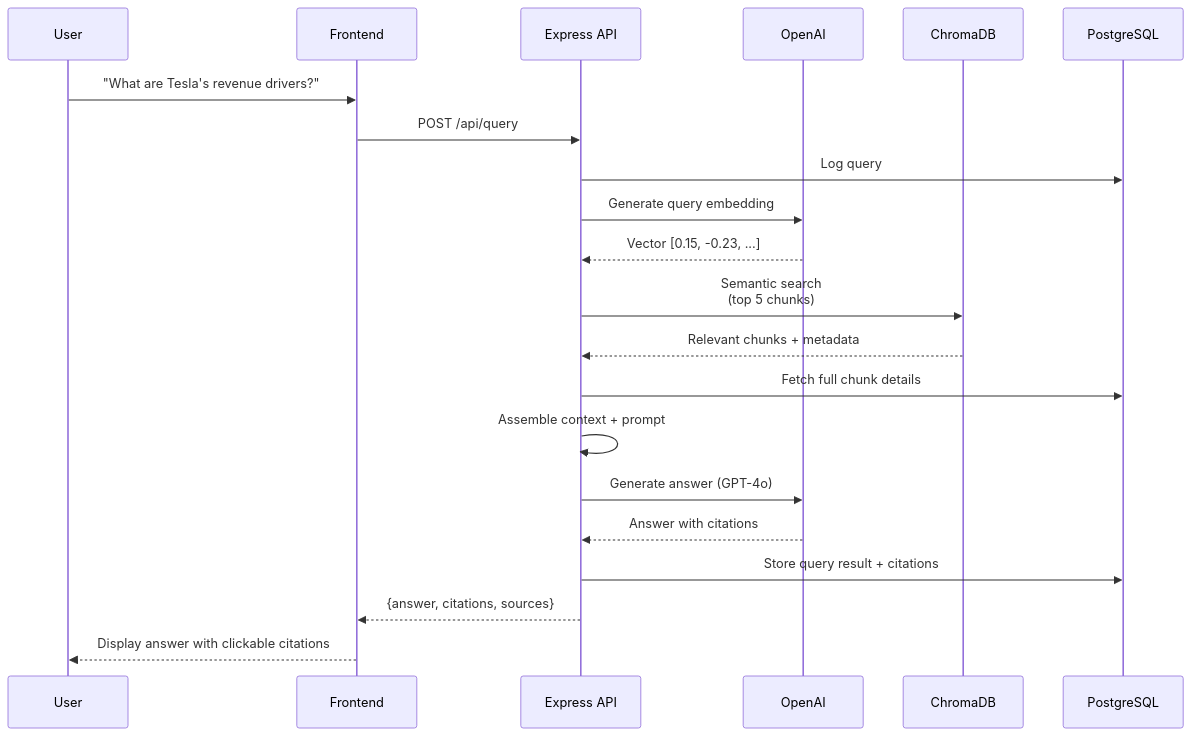
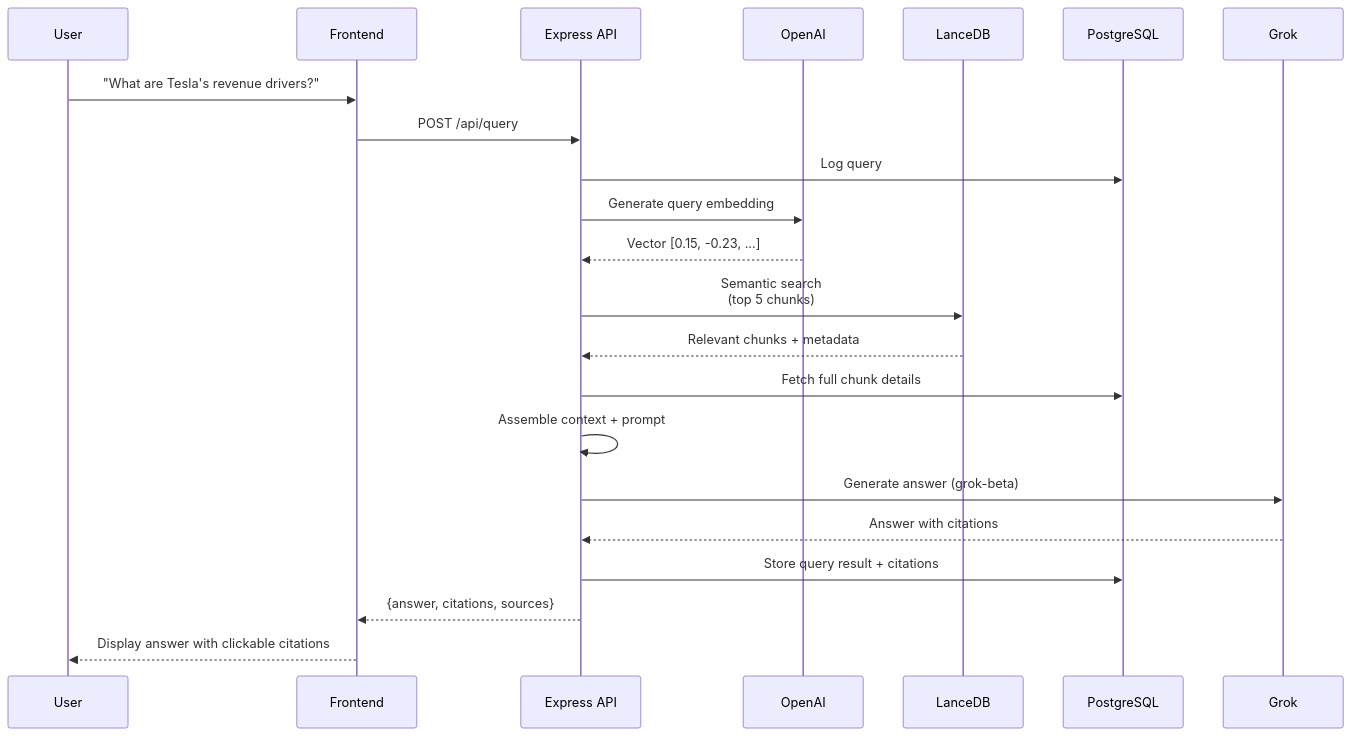
The third of 5 diagrams in Docs/architecture.md (aravindbharathy/RAG-InvestmentAnalyzer), drawn with Mermaid before and after one commit. The commit also changed other lines of this file and 31 other files, not shown here.

First line of the commit message:
Implement complete RAG backend with LanceDB and Grok integration

````diff
--- a/Docs/architecture.md
+++ b/Docs/architecture.md
@@ -184,24 +188,25 @@
 ```mermaid
 sequenceDiagram
     participant User
     participant Frontend
     participant API as Express API
     participant OpenAI
-    participant Chroma as ChromaDB
+    participant Lance as LanceDB
     participant PG as PostgreSQL
+    participant Grok
 
     User->>Frontend: "What are Tesla's revenue drivers?"
     Frontend->>API: POST /api/query
     API->>PG: Log query
     API->>OpenAI: Generate query embedding
     OpenAI-->>API: Vector [0.15, -0.23, ...]
-    API->>Chroma: Semantic search<br/>(top 5 chunks)
-    Chroma-->>API: Relevant chunks + metadata
+    API->>Lance: Semantic search<br/>(top 5 chunks)
+    Lance-->>API: Relevant chunks + metadata
     API->>PG: Fetch full chunk details
     API->>API: Assemble context + prompt
-    API->>OpenAI: Generate answer (GPT-4o)
-    OpenAI-->>API: Answer with citations
+    API->>Grok: Generate answer (grok-beta)
+    Grok-->>API: Answer with citations
     API->>PG: Store query result + citations
     API-->>Frontend: {answer, citations, sources}
     Frontend-->>User: Display answer with clickable citations
 ```
````
